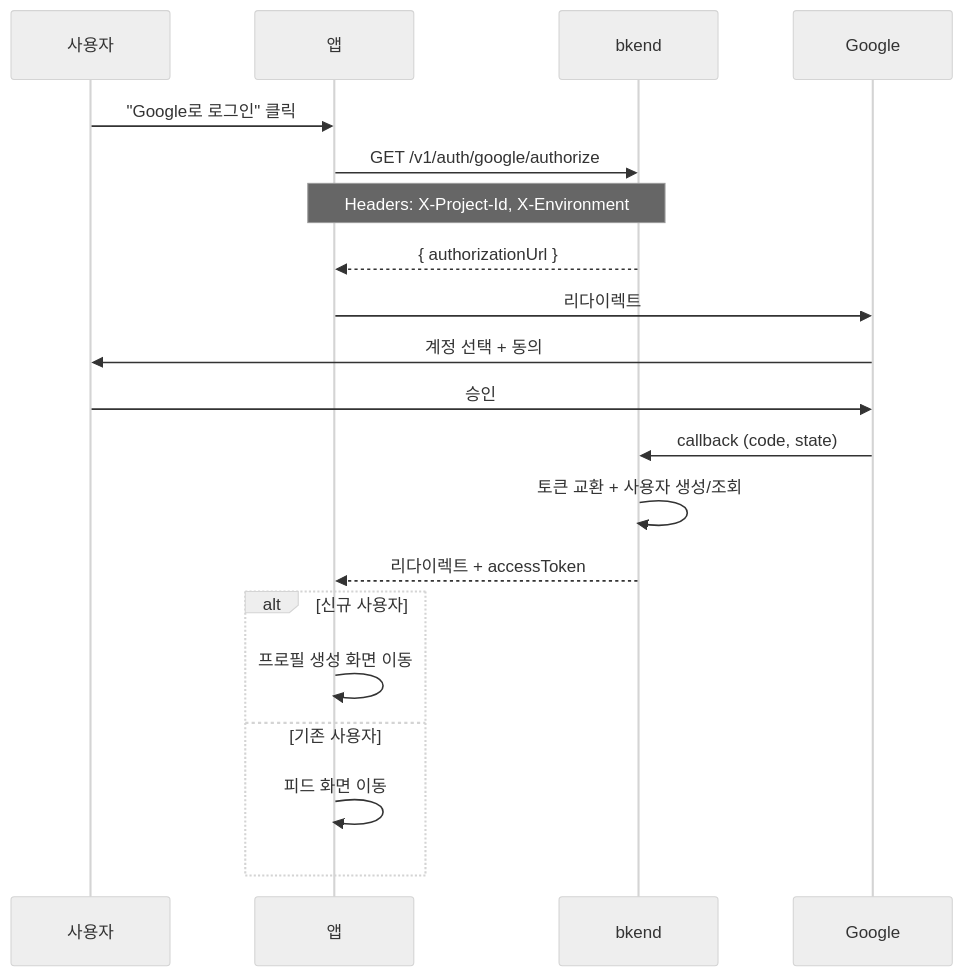
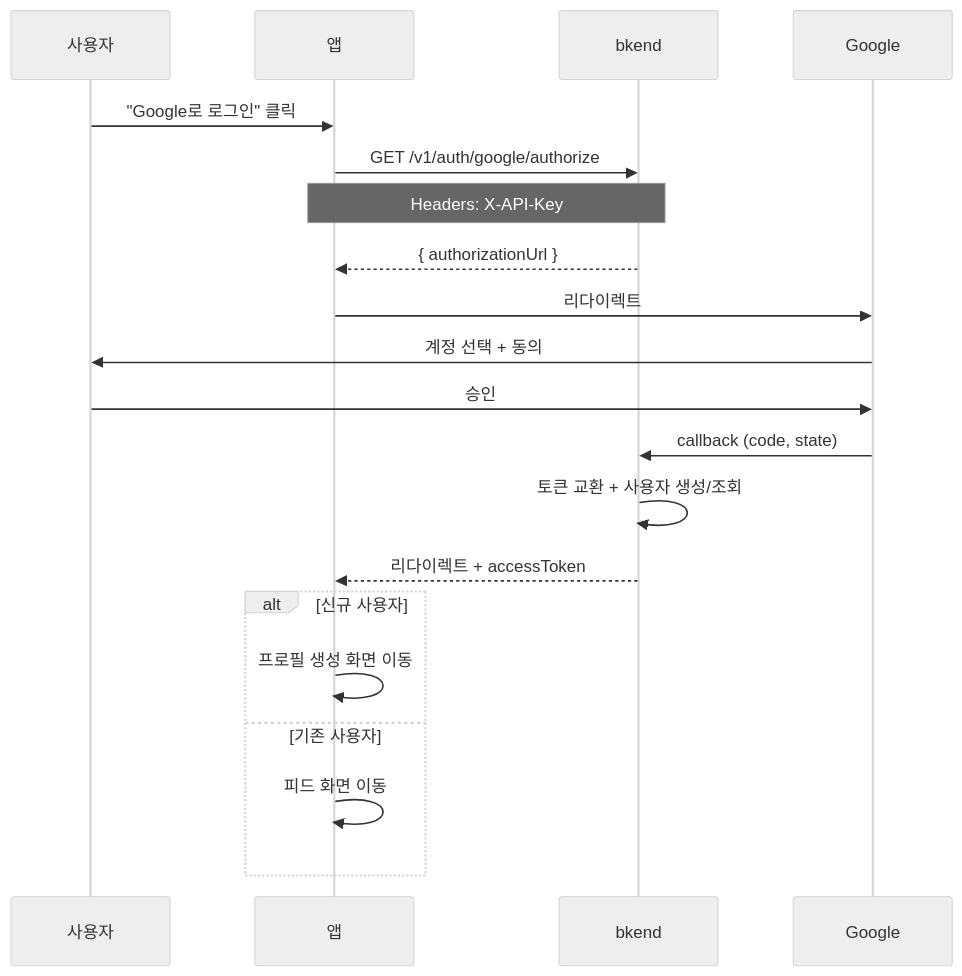
One commit to popup-studio-ai/bkend-docs changed the second of 3 diagrams in cookbooks/social-network/full-guide/01-auth.md. Above: the diagram before and after it, drawn with Mermaid (neutral theme). The commit also changed other lines of this file and 365 other files, not shown here.

````diff
--- a/cookbooks/social-network/full-guide/01-auth.md
+++ b/cookbooks/social-network/full-guide/01-auth.md
@@ -65,23 +65,23 @@
 ```mermaid
 sequenceDiagram
     participant U as 사용자
     participant A as 앱
     participant B as bkend
     participant G as Google
 
     U->>A: "Google로 로그인" 클릭
     A->>B: GET /v1/auth/google/authorize
-    Note over A,B: Headers: X-Project-Id, X-Environment
+    Note over A,B: Headers: X-API-Key
     B-->>A: { authorizationUrl }
     A->>G: 리다이렉트
     G->>U: 계정 선택 + 동의
     U->>G: 승인
     G->>B: callback (code, state)
     B->>B: 토큰 교환 + 사용자 생성/조회
     B-->>A: 리다이렉트 + accessToken
     alt 신규 사용자
         A->>A: 프로필 생성 화면 이동
     else 기존 사용자
         A->>A: 피드 화면 이동
     end
 ```
````
